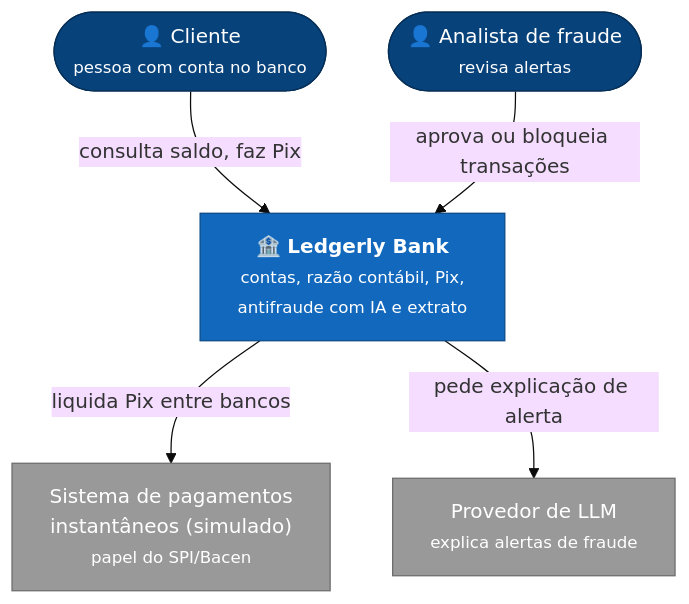
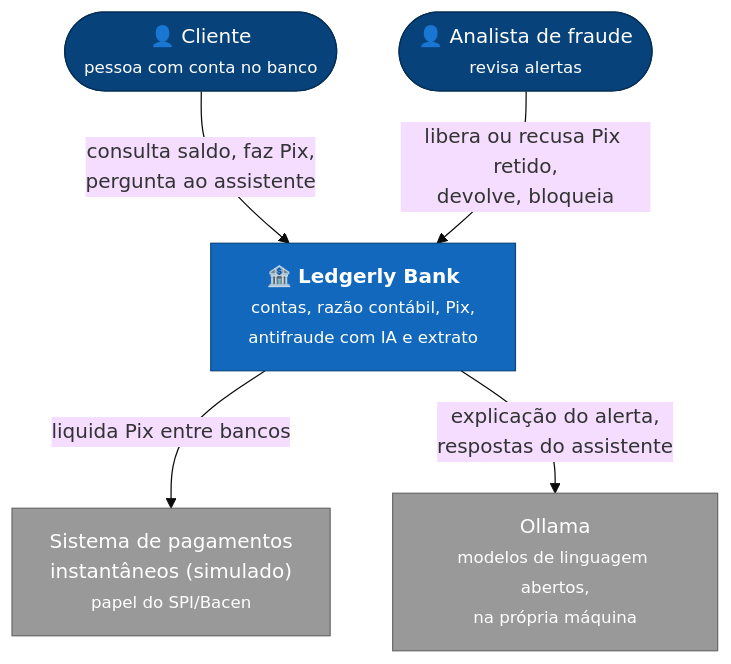
The first of 5 diagrams in docs/arquitetura/visao-geral.md (alanjoffre/ledgerly-bank), drawn with Mermaid (base theme) before and after one commit. The commit also changed other lines of this file and 185 other files, not shown here.

First line of the commit message:
Fase 5 — IA aplicada (antifraude ONNX, Pix retido, explicação e assistente locais)

````diff
--- a/docs/arquitetura/visao-geral.md
+++ b/docs/arquitetura/visao-geral.md
@@ -14,20 +14,20 @@
 ```mermaid
 flowchart TB
     cliente(["👤 Cliente<br/><small>pessoa com conta no banco</small>"])
     analista(["👤 Analista de fraude<br/><small>revisa alertas</small>"])
     ledgerly["🏦 <b>Ledgerly Bank</b><br/><small>contas, razão contábil, Pix,<br/>antifraude com IA e extrato</small>"]
     spi["Sistema de pagamentos<br/>instantâneos (simulado)<br/><small>papel do SPI/Bacen</small>"]
-    llm["Provedor de LLM<br/><small>explica alertas de fraude</small>"]
+    llm["Ollama<br/><small>modelos de linguagem abertos,<br/>na própria máquina</small>"]
 
-    cliente -- "consulta saldo, faz Pix" --> ledgerly
-    analista -- "aprova ou bloqueia transações" --> ledgerly
+    cliente -- "consulta saldo, faz Pix,<br/>pergunta ao assistente" --> ledgerly
+    analista -- "libera ou recusa Pix retido,<br/>devolve, bloqueia" --> ledgerly
     ledgerly -- "liquida Pix entre bancos" --> spi
-    ledgerly -- "pede explicação de alerta" --> llm
+    ledgerly -- "explicação do alerta,<br/>respostas do assistente" --> llm
 
     classDef sistema fill:#1168bd,stroke:#0b4884,color:#fff
     classDef externo fill:#999,stroke:#6b6b6b,color:#fff
     classDef pessoa fill:#08427b,stroke:#052e56,color:#fff
     class ledgerly sistema
     class spi,llm externo
     class cliente,analista pessoa
 ```
````
